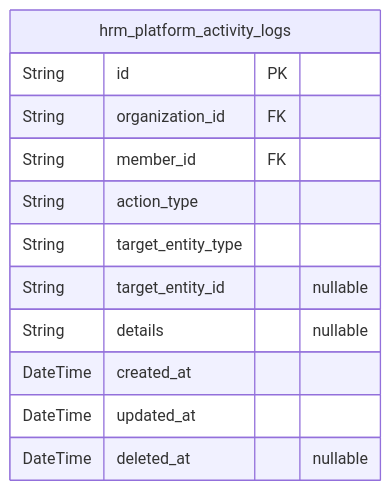
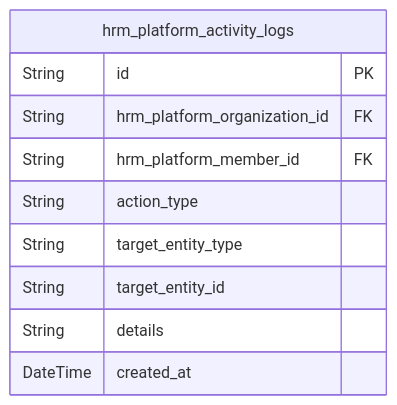
Before and after one commit to wrtnlabs/autobe-examples: the eighth of 8 diagrams in qwen/qwen3.5-397b-a17b/erp/docs/ERD.md, drawn with Mermaid. The commit also changed other lines of this file and 32093 other files, not shown here.

````diff
--- a/qwen/qwen3.5-397b-a17b/erp/docs/ERD.md
+++ b/qwen/qwen3.5-397b-a17b/erp/docs/ERD.md
@@ -734,15 +1702,13 @@
 ```mermaid
 erDiagram
 "hrm_platform_activity_logs" {
   String id PK
-  String organization_id FK
-  String member_id FK
+  String hrm_platform_organization_id FK
+  String hrm_platform_member_id FK
   String action_type
   String target_entity_type
-  String target_entity_id "nullable"
-  String details "nullable"
+  String target_entity_id
+  String details
   DateTime created_at
-  DateTime updated_at
-  DateTime deleted_at "nullable"
 }
 ```
````
